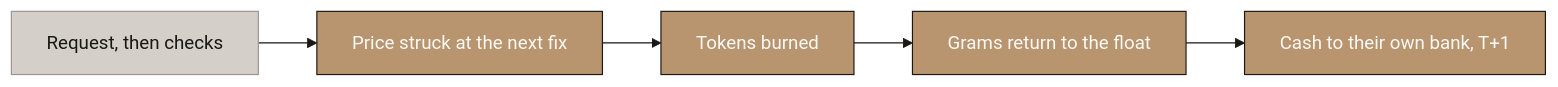
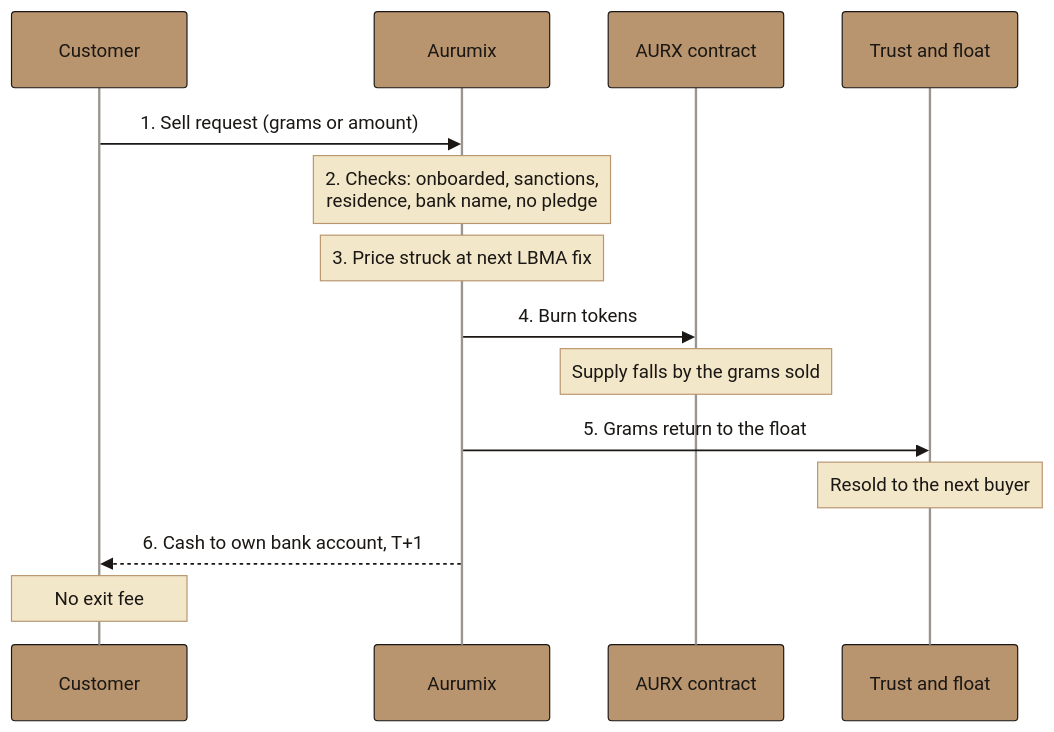
One commit to Abdsys/Aurumix changed diagram 17 of 45 in deliverables/2-mechanism-design/final/Aurumix_Process_Maps.md. Above: the diagram before and after it, drawn with Mermaid. The commit also changed other lines of this file and 6 other files, not shown here.

First line of the commit message:
Review pass on the MD document, sections 2 to 14: plain language, new diagrams, card and credit open to all

````diff
--- a/deliverables/2-mechanism-design/final/Aurumix_Process_Maps.md
+++ b/deliverables/2-mechanism-design/final/Aurumix_Process_Maps.md
@@ -539,25 +551,34 @@
 ```mermaid
 %%{init: {'theme': 'base', 'themeVariables': {
     'primaryColor': '#B8956E',
     'primaryTextColor': '#1A1714',
     'primaryBorderColor': '#1A1714',
     'lineColor': '#1A1714',
     'secondaryColor': '#FAF8F5',
     'tertiaryColor': '#D4CFC8',
     'fontFamily': 'Libre Franklin, sans-serif',
-    'edgeLabelBackground': '#D4CFC8',
-    'clusterBkg': '#FAF8F5',
-    'clusterBorder': '#B8956E'
+    'actorBkg': '#B8956E',
+    'actorBorder': '#1A1714',
+    'actorTextColor': '#1A1714',
+    'actorLineColor': '#9A9590',
+    'signalColor': '#1A1714',
+    'signalTextColor': '#1A1714',
+    'noteBkgColor': '#F3E7C9',
+    'noteBorderColor': '#B8956E',
+    'noteTextColor': '#1A1714'
 }}}%%
-graph LR
-    A["Request, then checks"] --> B["Price struck at the next fix"]
-    B --> C["Tokens burned"]
-    C --> D["Grams return to the float"]
-    D --> E["Cash to their own bank, T+1"]
-
-    style A fill:#D4CFC8,stroke:#9A9590,color:#1A1714
-    style B fill:#B8956E,stroke:#1A1714,color:#FAF8F5
-    style C fill:#B8956E,stroke:#1A1714,color:#FAF8F5
-    style D fill:#B8956E,stroke:#1A1714,color:#FAF8F5
-    style E fill:#B8956E,stroke:#1A1714,color:#FAF8F5
+sequenceDiagram
+    participant C as Customer
+    participant A as Aurumix
+    participant K as AURX contract
+    participant T as Trust and float
+    C->>A: 1. Sell request (grams or amount)
+    Note over A: 2. Checks: onboarded, sanctions,<br/>residence, bank name, no pledge
+    Note over A: 3. Price struck at next LBMA fix
+    A->>K: 4. Burn tokens
+    Note over K: Supply falls by the grams sold
+    A->>T: 5. Grams return to the float
+    Note over T: Resold to the next buyer
+    A-->>C: 6. Cash to own bank account, T+1
+    Note over C: No exit fee
 ```
````
